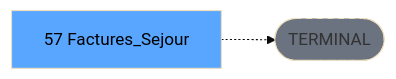
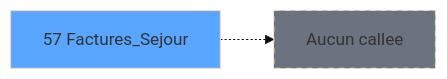
The third of 3 diagrams in .openspec/specs/ADH-IDE-57.md (thonyAGP/magic-migration), drawn with Mermaid (base theme) before and after one commit. The commit also changed other lines of this file and 493 other files, not shown here.

````diff
--- a/.openspec/specs/ADH-IDE-57.md
+++ b/.openspec/specs/ADH-IDE-57.md
@@ -143,8 +243,8 @@
 ```mermaid
 graph LR
-    T[57 Factures_Sejour]
-    TERM([TERMINAL])
-    T -.-> TERM
-    style TERM fill:#6b7280,stroke-dasharray: 5 5
-    style T fill:#58a6ff,color:#000
+    T57[57 Factures_Sejour]
+    style T57 fill:#58a6ff
+    NONE[Aucun callee]
+    T57 -.-> NONE
+    style NONE fill:#6b7280,stroke-dasharray: 5 5
 ```
````
